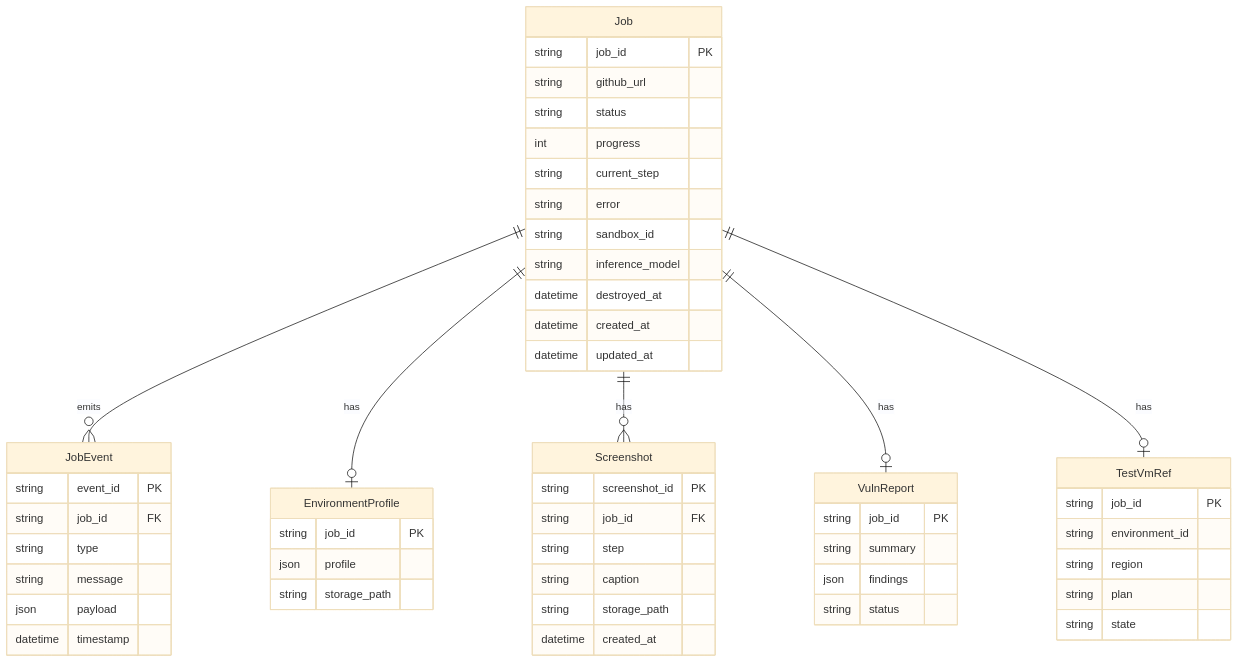
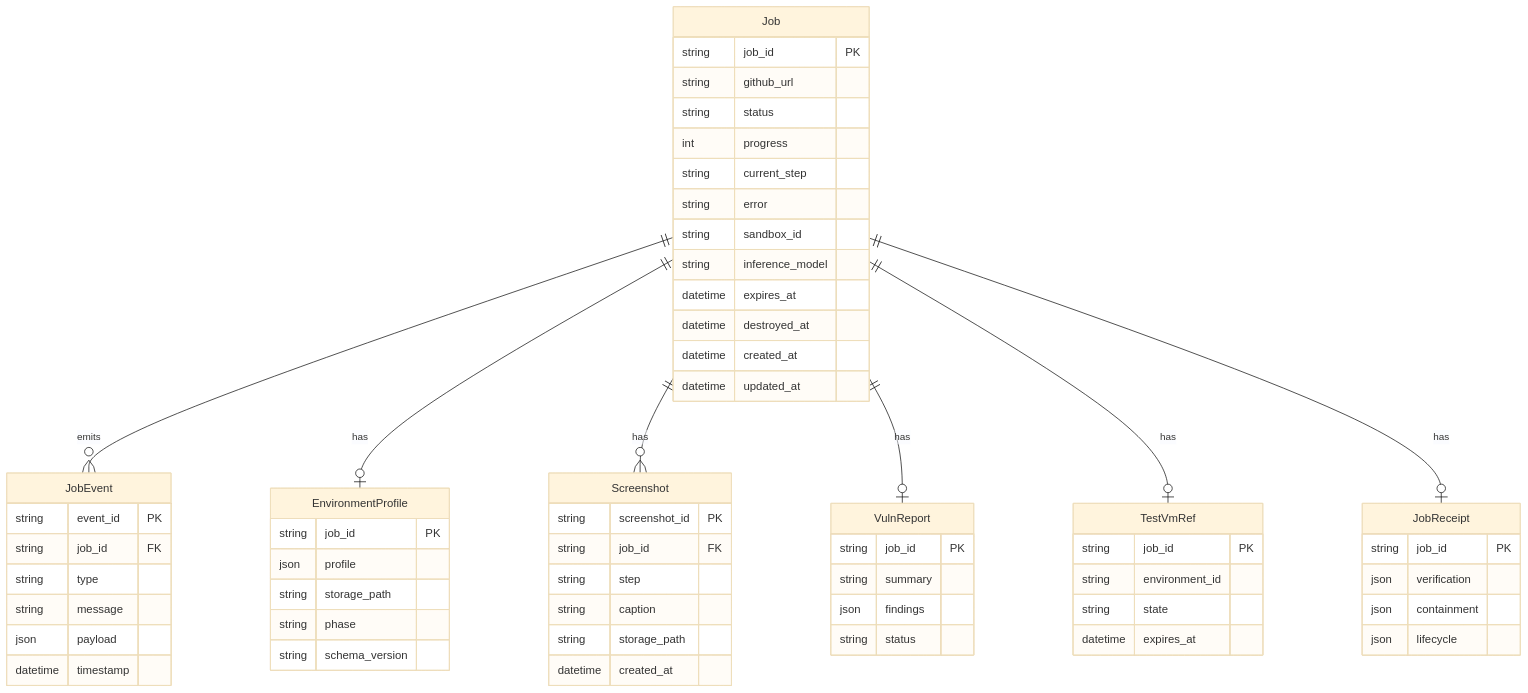
One commit to ludvigodin/killhub changed the diagram in DATABASE.md. Above: the diagram before and after it, drawn with Mermaid (base theme). The commit also changed other lines of this file and 10 other files, not shown here.

Commit message:
Update AGENTS.md, API.md, ARCHITECTURE.md, DATABASE.md, and IMPLEMENTATION files

````diff
--- a/DATABASE.md
+++ b/DATABASE.md
@@ -23,61 +28,71 @@
 ```mermaid
 erDiagram
   Job ||--o{ JobEvent : emits
   Job ||--o| EnvironmentProfile : has
   Job ||--o{ Screenshot : has
   Job ||--o| VulnReport : has
   Job ||--o| TestVmRef : has
+  Job ||--o| JobReceipt : has
 
   Job {
     string job_id PK
     string github_url
     string status
     int progress
     string current_step
     string error
     string sandbox_id
     string inference_model
+    datetime expires_at
     datetime destroyed_at
     datetime created_at
     datetime updated_at
   }
 
   JobEvent {
     string event_id PK
     string job_id FK
     string type
     string message
     json payload
     datetime timestamp
   }
 
   EnvironmentProfile {
     string job_id PK
     json profile
     string storage_path
+    string phase
+    string schema_version
   }
 
   Screenshot {
     string screenshot_id PK
     string job_id FK
     string step
     string caption
     string storage_path
     datetime created_at
   }
 
   VulnReport {
     string job_id PK
     string summary
     json findings
     string status
   }
 
   TestVmRef {
     string job_id PK
     string environment_id
-    string region
-    string plan
     string state
+    datetime expires_at
+  }
+
+  JobReceipt {
+    string job_id PK
+    json verification
+    json containment
+    json lifecycle
   }
 ```
````
